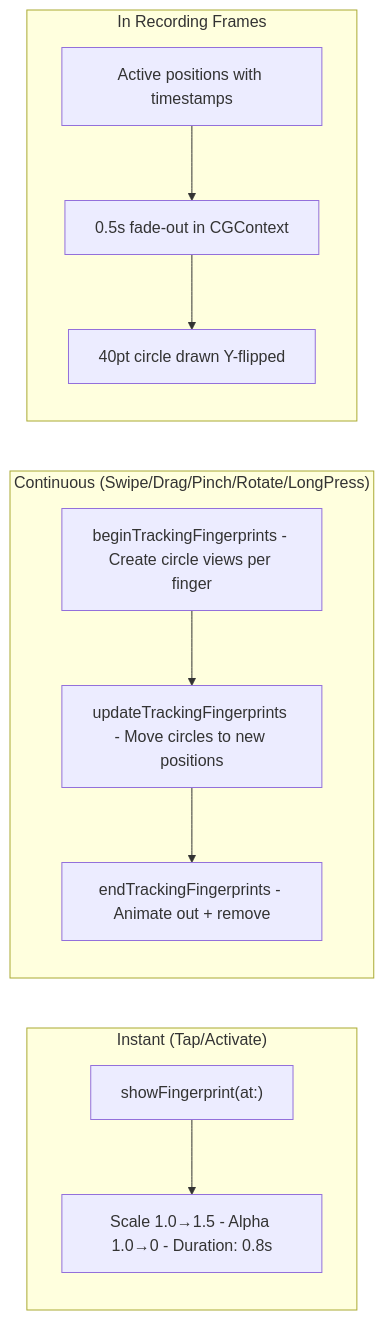
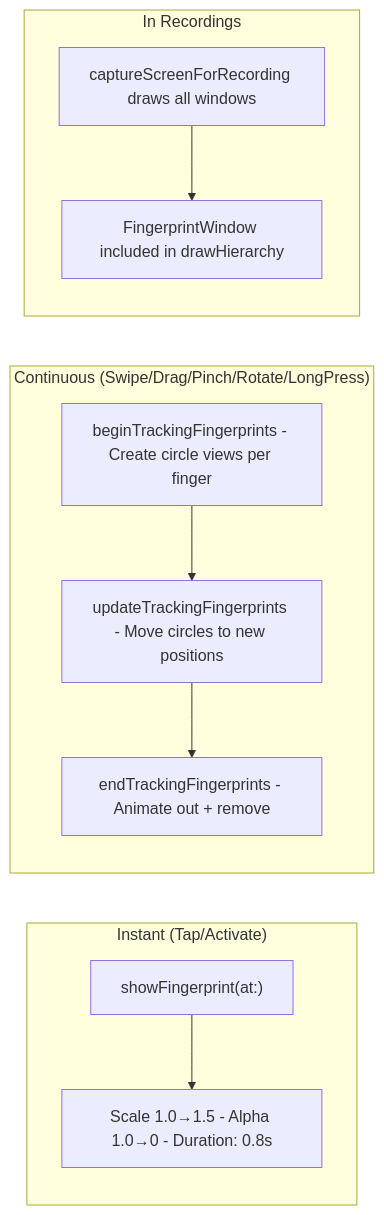
One commit to RoyalPineapple/TheButtonHeist changed the second of 2 diagrams in docs/dossiers/03-THEFINGERPRINTS.md. Above: the diagram before and after it, drawn with Mermaid. The commit also changed other lines of this file and 5 other files, not shown here.

````diff
--- a/docs/dossiers/03-THEFINGERPRINTS.md
+++ b/docs/dossiers/03-THEFINGERPRINTS.md
@@ -49,22 +49,21 @@
 ```mermaid
 flowchart LR
     subgraph Instant["Instant (Tap/Activate)"]
         TapShow["showFingerprint(at:)"]
         TapAnim["Scale 1.0→1.5 - Alpha 1.0→0 - Duration: 0.8s"]
         TapShow --> TapAnim
     end
 
     subgraph Continuous["Continuous (Swipe/Drag/Pinch/Rotate/LongPress)"]
         Begin["beginTrackingFingerprints - Create circle views per finger"]
         Update["updateTrackingFingerprints - Move circles to new positions"]
         End["endTrackingFingerprints - Animate out + remove"]
         Begin --> Update --> End
     end
 
-    subgraph Recording["In Recording Frames"]
-        Positions["Active positions with timestamps"]
-        Fade["0.5s fade-out in CGContext"]
-        Composite["40pt circle drawn Y-flipped"]
-        Positions --> Fade --> Composite
+    subgraph Recording["In Recordings"]
+        DrawAll["captureScreenForRecording draws all windows"]
+        Include["FingerprintWindow included in drawHierarchy"]
+        DrawAll --> Include
     end
 ```
````
